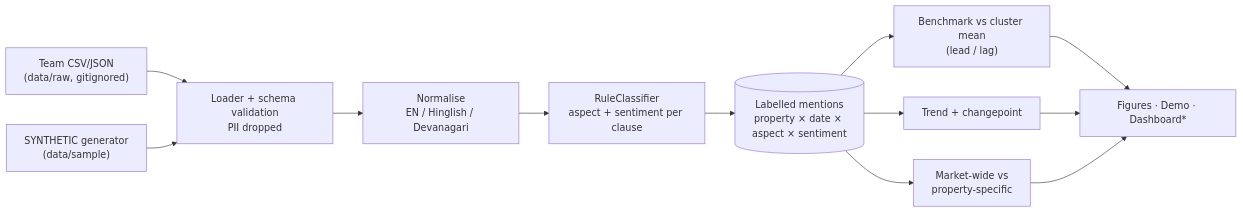
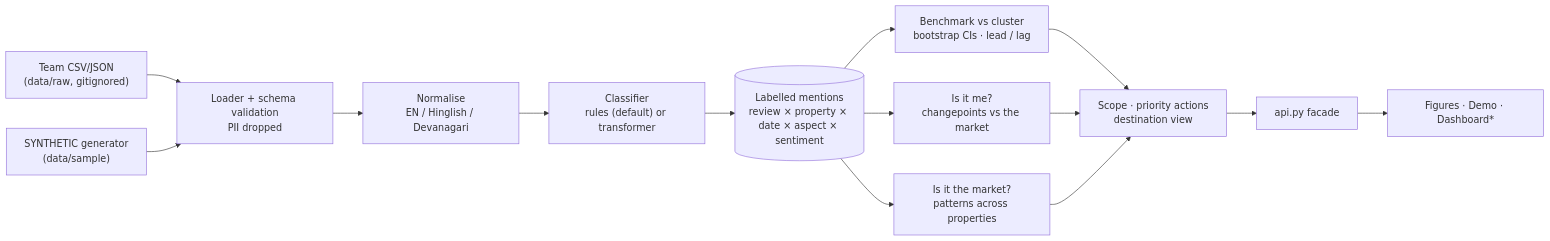
The first of 3 diagrams in README.md (AnubhavKiroula/cluster-review-intelligence), drawn with Mermaid before and after one commit. The commit also changed other lines of this file and 5 other files, not shown here.

````diff
--- a/README.md
+++ b/README.md
@@ -62,14 +66,16 @@
 ```mermaid
 flowchart LR
     RAW["Team CSV/JSON<br/>(data/raw, gitignored)"] --> LD
     SYN["SYNTHETIC generator<br/>(data/sample)"] --> LD
     LD["Loader + schema validation<br/>PII dropped"] --> NR["Normalise<br/>EN / Hinglish / Devanagari"]
-    NR --> CL["RuleClassifier<br/>aspect + sentiment per clause"]
-    CL --> LAB[("Labelled mentions<br/>property × date × aspect × sentiment")]
-    LAB --> BM["Benchmark vs cluster mean<br/>(lead / lag)"]
-    LAB --> TR["Trend + changepoint"]
-    LAB --> MW["Market-wide vs<br/>property-specific"]
-    BM --> OUT["Figures · Demo · Dashboard*"]
-    TR --> OUT
-    MW --> OUT
+    NR --> CL["Classifier<br/>rules (default) or transformer"]
+    CL --> LAB[("Labelled mentions<br/>review × property × date × aspect × sentiment")]
+    LAB --> BM["Benchmark vs cluster<br/>bootstrap CIs · lead / lag"]
+    LAB --> ME["Is it me?<br/>changepoints vs the market"]
+    LAB --> MK["Is it the market?<br/>patterns across properties"]
+    BM --> IN["Scope · priority actions<br/>destination view"]
+    ME --> IN
+    MK --> IN
+    IN --> API["api.py facade"]
+    API --> OUT["Figures · Demo · Dashboard*"]
 ```
````
